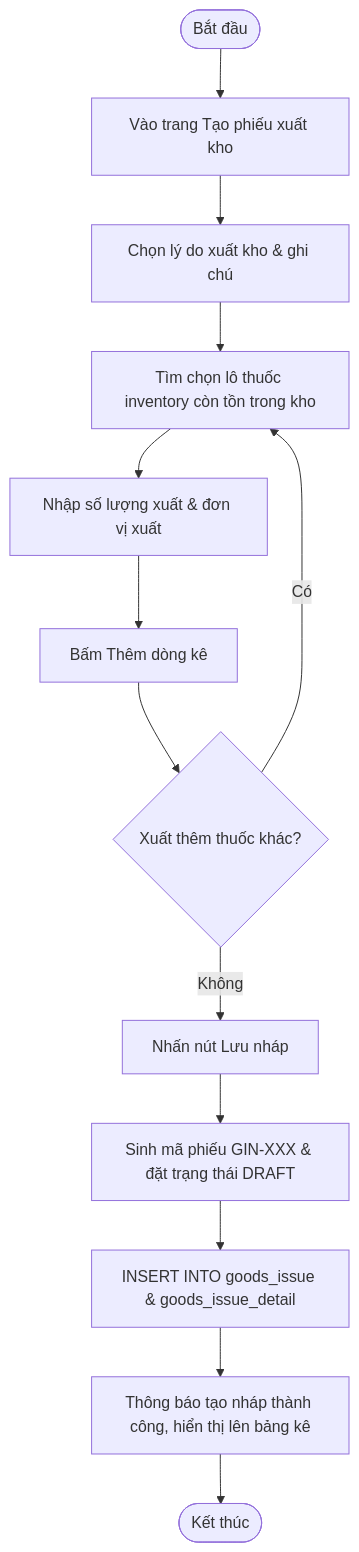
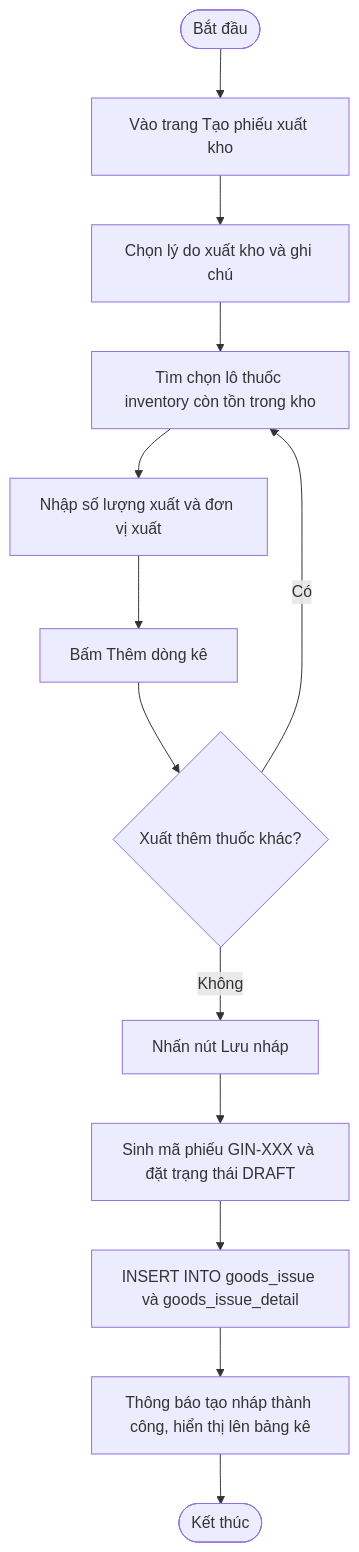
One commit to ngocuyenle15/PIS-CNPM changed diagram 25 of 32 in a.md. Above: the diagram before and after it, drawn with Mermaid. The commit also changed other lines of this file, not shown here.

````diff
--- a/a.md
+++ b/a.md
@@ -351,14 +351,14 @@
 ```mermaid
 flowchart TD
     Start([Bắt đầu]) --> OpenIssue[Vào trang Tạo phiếu xuất kho]
-    OpenIssue --> SelectReason[Chọn lý do xuất kho & ghi chú]
+    OpenIssue --> SelectReason[Chọn lý do xuất kho và ghi chú]
     SelectReason --> FindInv[Tìm chọn lô thuốc inventory còn tồn trong kho]
-    FindInv --> InputQty[Nhập số lượng xuất & đơn vị xuất]
+    FindInv --> InputQty[Nhập số lượng xuất và đơn vị xuất]
     InputQty --> AddItem[Bấm Thêm dòng kê]
     AddItem --> MoreItem{Xuất thêm thuốc khác?}
     MoreItem -- Có --> FindInv
     MoreItem -- Không --> ClickSaveDraft[Nhấn nút Lưu nháp]
-    ClickSaveDraft --> GenCode[Sinh mã phiếu GIN-XXX & đặt trạng thái DRAFT]
-    GenCode --> InsertIssue[INSERT INTO goods_issue & goods_issue_detail]
+    ClickSaveDraft --> GenCode[Sinh mã phiếu GIN-XXX và đặt trạng thái DRAFT]
+    GenCode --> InsertIssue[INSERT INTO goods_issue và goods_issue_detail]
     InsertIssue --> ShowSuccess[Thông báo tạo nháp thành công, hiển thị lên bảng kê] --> End([Kết thúc])
 ```
````
